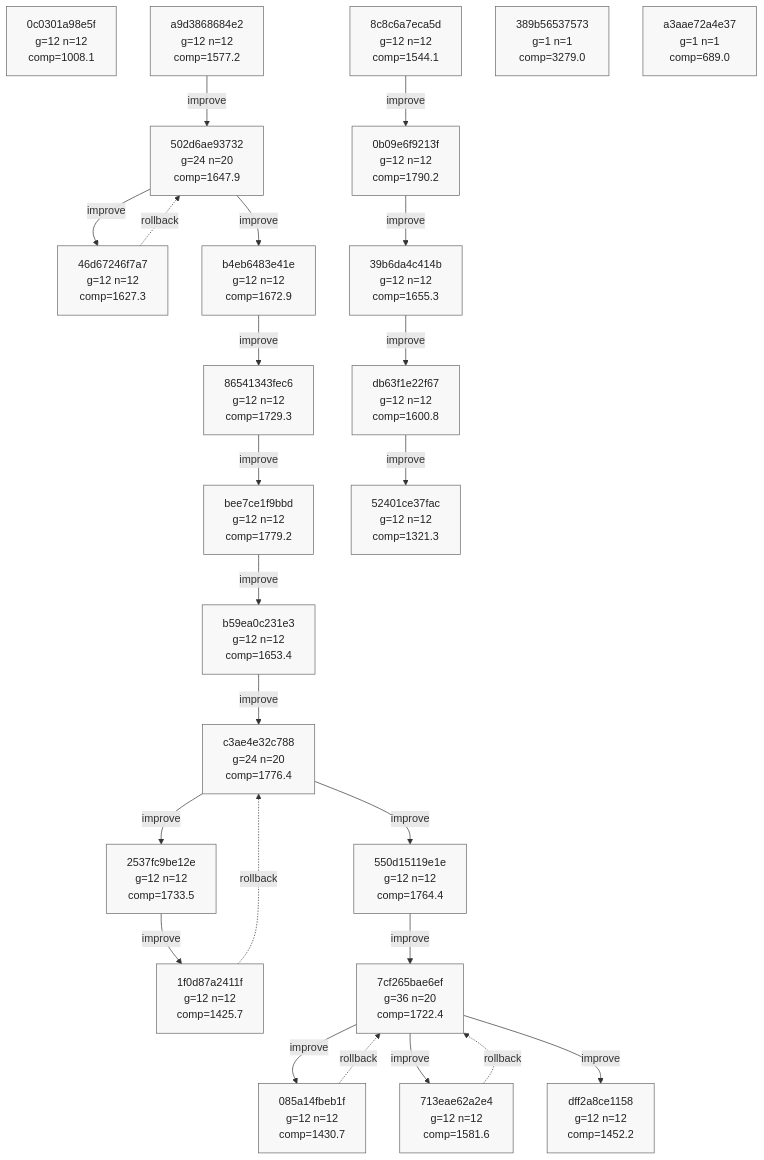
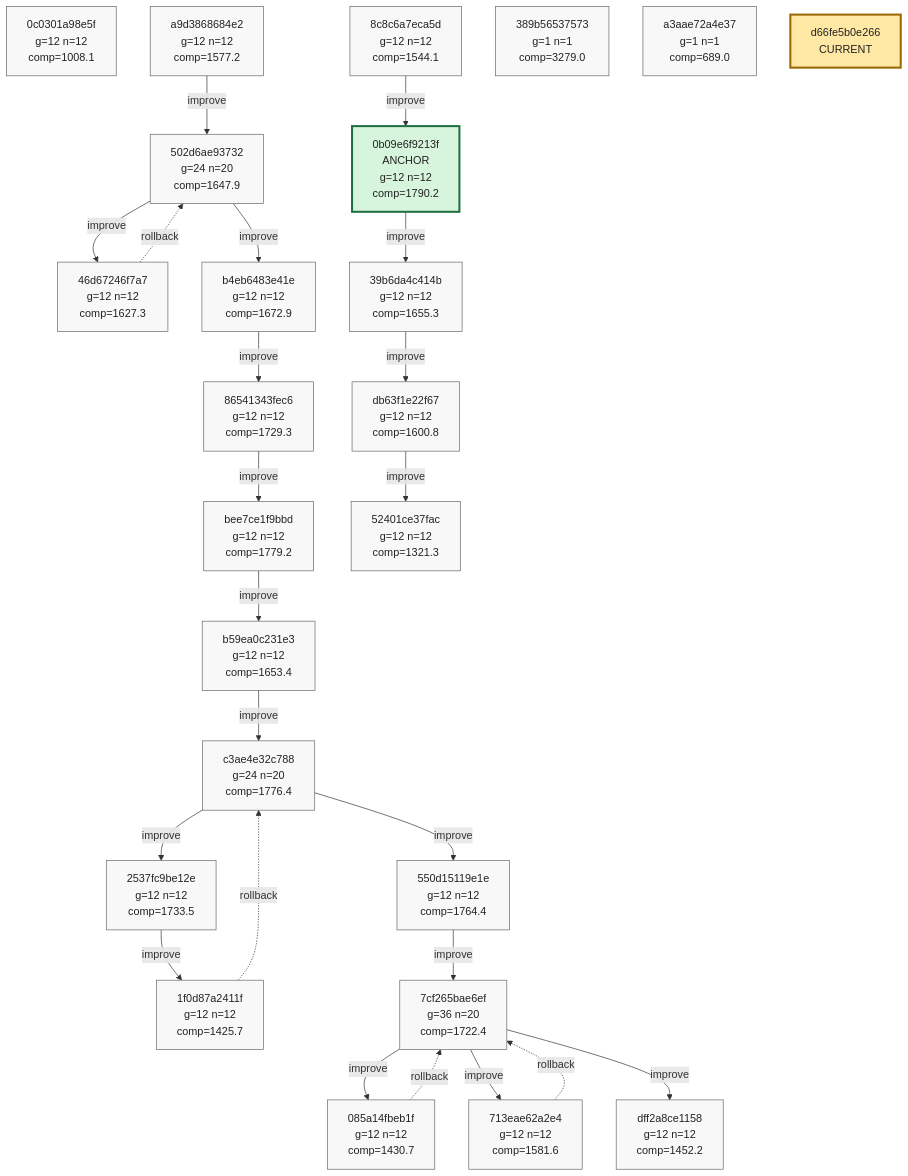
Before and after one commit to azumag/soviet_now: the tenth of 10 diagrams in phyrogenetic-tree.md, drawn with Mermaid. The commit also changed other lines of this file and 2 other files, not shown here.

````diff
--- a/phyrogenetic-tree.md
+++ b/phyrogenetic-tree.md
@@ -2542,78 +2539,80 @@
 ```mermaid
 flowchart TD
     h_0c0301a98e5f["0c0301a98e5f<br/>g=12 n=12<br/>comp=1008.1"]
     h_a9d3868684e2["a9d3868684e2<br/>g=12 n=12<br/>comp=1577.2"]
     h_502d6ae93732["502d6ae93732<br/>g=24 n=20<br/>comp=1647.9"]
     h_46d67246f7a7["46d67246f7a7<br/>g=12 n=12<br/>comp=1627.3"]
     h_b4eb6483e41e["b4eb6483e41e<br/>g=12 n=12<br/>comp=1672.9"]
     h_86541343fec6["86541343fec6<br/>g=12 n=12<br/>comp=1729.3"]
     h_bee7ce1f9bbd["bee7ce1f9bbd<br/>g=12 n=12<br/>comp=1779.2"]
     h_b59ea0c231e3["b59ea0c231e3<br/>g=12 n=12<br/>comp=1653.4"]
     h_c3ae4e32c788["c3ae4e32c788<br/>g=24 n=20<br/>comp=1776.4"]
     h_2537fc9be12e["2537fc9be12e<br/>g=12 n=12<br/>comp=1733.5"]
     h_1f0d87a2411f["1f0d87a2411f<br/>g=12 n=12<br/>comp=1425.7"]
     h_550d15119e1e["550d15119e1e<br/>g=12 n=12<br/>comp=1764.4"]
     h_7cf265bae6ef["7cf265bae6ef<br/>g=36 n=20<br/>comp=1722.4"]
     h_085a14fbeb1f["085a14fbeb1f<br/>g=12 n=12<br/>comp=1430.7"]
     h_713eae62a2e4["713eae62a2e4<br/>g=12 n=12<br/>comp=1581.6"]
     h_dff2a8ce1158["dff2a8ce1158<br/>g=12 n=12<br/>comp=1452.2"]
     h_8c8c6a7eca5d["8c8c6a7eca5d<br/>g=12 n=12<br/>comp=1544.1"]
-    h_0b09e6f9213f["0b09e6f9213f<br/>g=12 n=12<br/>comp=1790.2"]
+    h_0b09e6f9213f["0b09e6f9213f<br/>ANCHOR<br/>g=12 n=12<br/>comp=1790.2"]
     h_39b6da4c414b["39b6da4c414b<br/>g=12 n=12<br/>comp=1655.3"]
     h_db63f1e22f67["db63f1e22f67<br/>g=12 n=12<br/>comp=1600.8"]
     h_52401ce37fac["52401ce37fac<br/>g=12 n=12<br/>comp=1321.3"]
     h_389b56537573["389b56537573<br/>g=1 n=1<br/>comp=3279.0"]
     h_a3aae72a4e37["a3aae72a4e37<br/>g=1 n=1<br/>comp=689.0"]
+    h_d66fe5b0e266["d66fe5b0e266<br/>CURRENT"]
 
     h_a9d3868684e2 -->|improve| h_502d6ae93732
     h_502d6ae93732 -->|improve| h_46d67246f7a7
     h_46d67246f7a7 -. rollback .-> h_502d6ae93732
     h_502d6ae93732 -->|improve| h_b4eb6483e41e
     h_b4eb6483e41e -->|improve| h_86541343fec6
     h_86541343fec6 -->|improve| h_bee7ce1f9bbd
     h_bee7ce1f9bbd -->|improve| h_b59ea0c231e3
     h_b59ea0c231e3 -->|improve| h_c3ae4e32c788
     h_c3ae4e32c788 -->|improve| h_2537fc9be12e
     h_2537fc9be12e -->|improve| h_1f0d87a2411f
     h_1f0d87a2411f -. rollback .-> h_c3ae4e32c788
     h_c3ae4e32c788 -->|improve| h_550d15119e1e
     h_550d15119e1e -->|improve| h_7cf265bae6ef
     h_7cf265bae6ef -->|improve| h_085a14fbeb1f
     h_085a14fbeb1f -. rollback .-> h_7cf265bae6ef
     h_7cf265bae6ef -->|improve| h_713eae62a2e4
     h_713eae62a2e4 -. rollback .-> h_7cf265bae6ef
     h_7cf265bae6ef -->|improve| h_dff2a8ce1158
     h_8c8c6a7eca5d -->|improve| h_0b09e6f9213f
     h_0b09e6f9213f -->|improve| h_39b6da4c414b
     h_39b6da4c414b -->|improve| h_db63f1e22f67
     h_db63f1e22f67 -->|improve| h_52401ce37fac
 
     classDef plain fill:#f8f8f8,stroke:#666,stroke-width:1px,color:#222;
     classDef current fill:#ffe8a3,stroke:#9a6700,stroke-width:3px,color:#222;
     classDef anchor fill:#d7f5dd,stroke:#1f6f43,stroke-width:3px,color:#222;
     classDef current_anchor fill:#f3e4a8,stroke:#1f6f43,stroke-width:4px,color:#222;
 
     class h_0c0301a98e5f plain;
     class h_a9d3868684e2 plain;
     class h_502d6ae93732 plain;
     class h_46d67246f7a7 plain;
     class h_b4eb6483e41e plain;
     class h_86541343fec6 plain;
     class h_bee7ce1f9bbd plain;
     class h_b59ea0c231e3 plain;
     class h_c3ae4e32c788 plain;
     class h_2537fc9be12e plain;
     class h_1f0d87a2411f plain;
     class h_550d15119e1e plain;
     class h_7cf265bae6ef plain;
     class h_085a14fbeb1f plain;
     class h_713eae62a2e4 plain;
     class h_dff2a8ce1158 plain;
     class h_8c8c6a7eca5d plain;
-    class h_0b09e6f9213f plain;
+    class h_0b09e6f9213f anchor;
     class h_39b6da4c414b plain;
     class h_db63f1e22f67 plain;
     class h_52401ce37fac plain;
     class h_389b56537573 plain;
     class h_a3aae72a4e37 plain;
+    class h_d66fe5b0e266 current;
 ```
````
